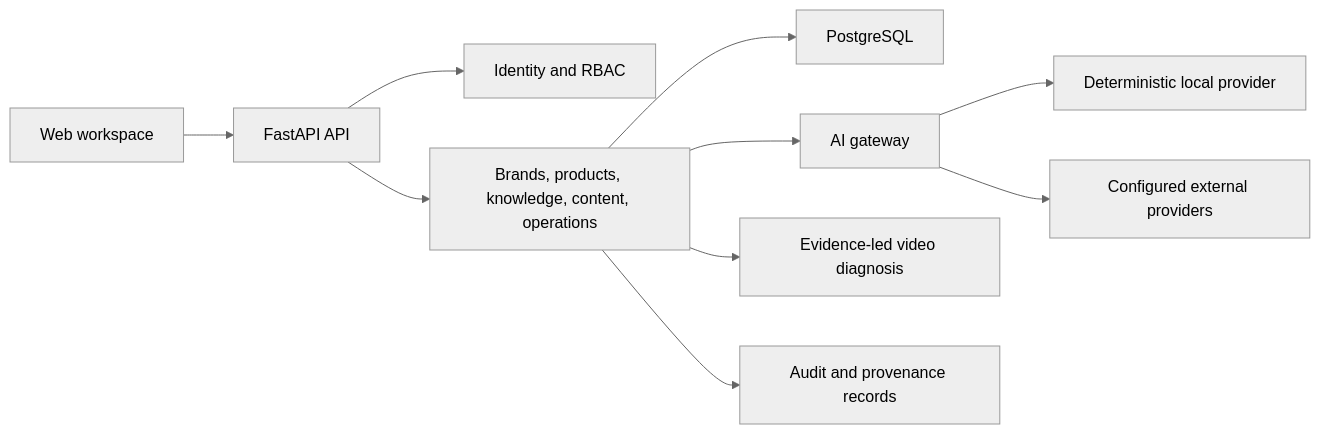
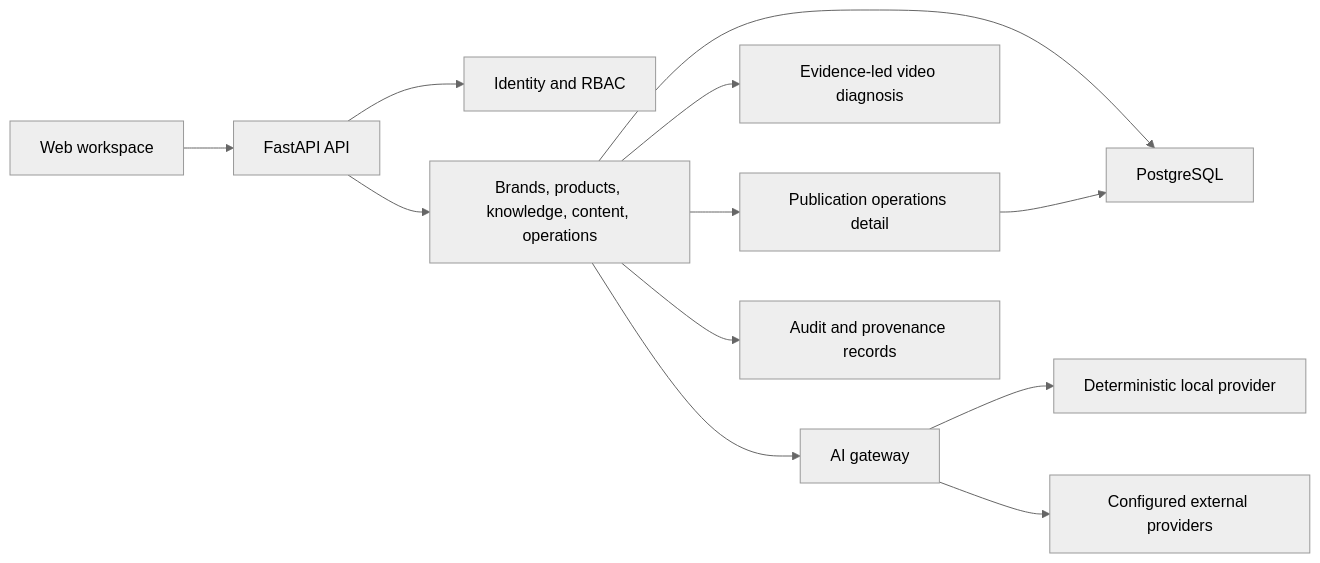
Before and after one commit to KayZhongyi/heyu-ai: the diagram in docs/architecture.md, drawn with Mermaid (neutral theme). The commit also changed 7 other files, not shown here.

Commit message:
feat: aggregate publication operations details

````diff
--- a/docs/architecture.md
+++ b/docs/architecture.md
@@ -19,12 +19,14 @@
 ```mermaid
 flowchart LR
   Web["Web workspace"] --> API["FastAPI API"]
   API --> Auth["Identity and RBAC"]
   API --> Domain["Brands, products, knowledge, content, operations"]
   Domain --> DB["PostgreSQL"]
   Domain --> Gateway["AI gateway"]
   Domain --> Diagnosis["Evidence-led video diagnosis"]
+  Domain --> PublicationDetail["Publication operations detail"]
   Gateway --> Mock["Deterministic local provider"]
   Gateway --> Providers["Configured external providers"]
   Domain --> Audit["Audit and provenance records"]
+  PublicationDetail --> DB
 ```
````
